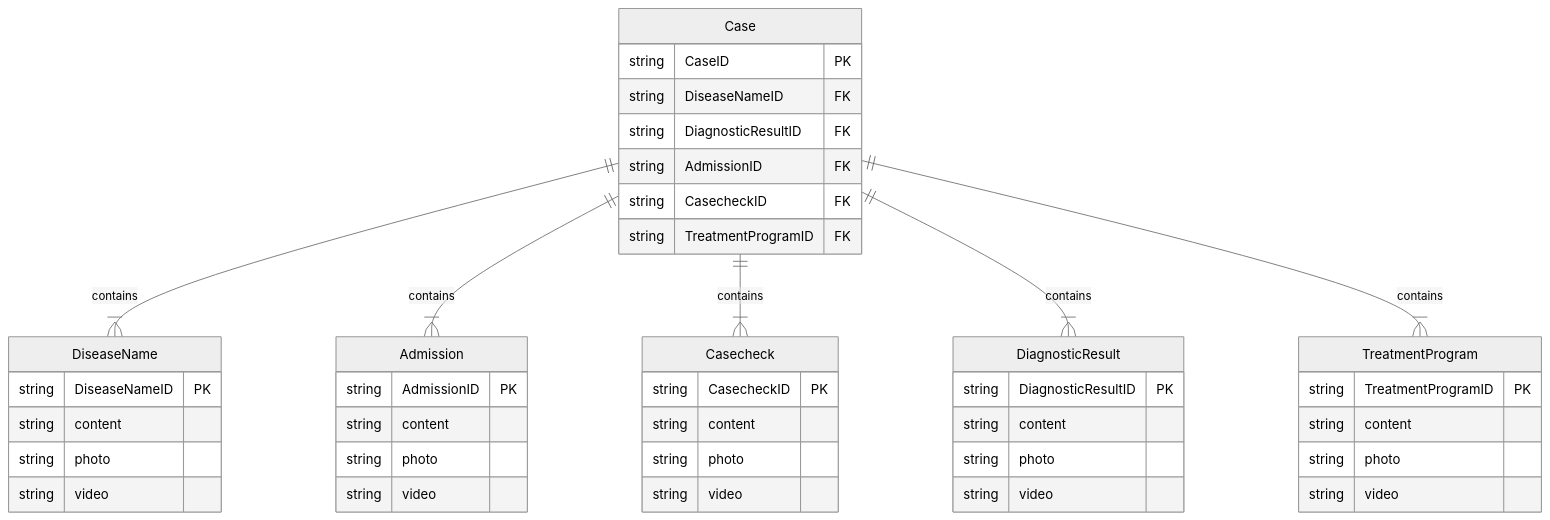
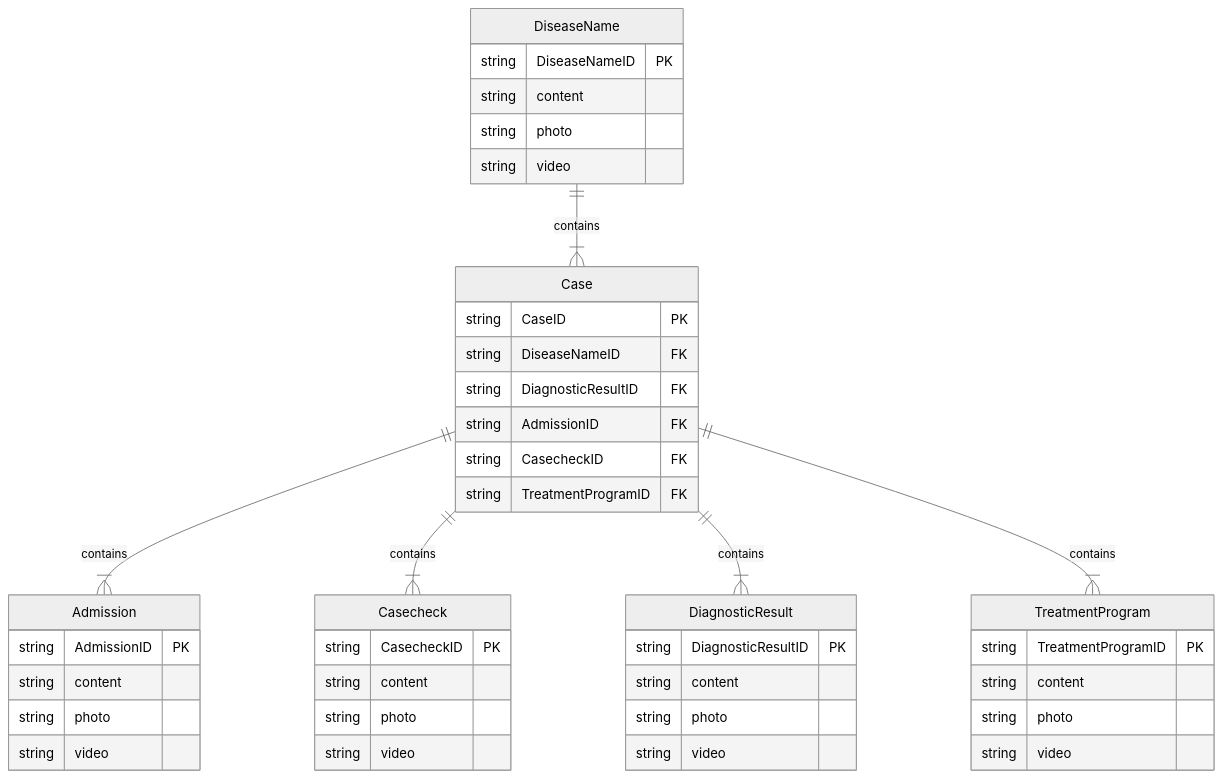
One commit to SoftwareDevelopmentPractice6/virtualPetHospital-backend changed the first of 2 diagrams in medicalRecordManagement/README.md. Above: the diagram before and after it, drawn with Mermaid (neutral theme). The commit also changed 1 other file, not shown here.

````diff
--- a/medicalRecordManagement/README.md
+++ b/medicalRecordManagement/README.md
@@ -22,47 +22,47 @@
 ``` mermaid
 erDiagram
 
 	Case {
 		string CaseID PK
 		string DiseaseNameID FK
 		string DiagnosticResultID FK
 		string AdmissionID FK
 		string CasecheckID FK
 		string TreatmentProgramID FK
 	}
-	Case ||--|{ DiseaseName : contains
+	DiseaseName ||--|{ Case : contains
 	Case ||--|{ Admission : contains
 	Case ||--|{ Casecheck : contains
 	Case ||--|{ DiagnosticResult : contains
 	Case ||--|{ TreatmentProgram : contains
 	DiseaseName {
 		string DiseaseNameID PK
 		string content
 		string photo
 		string video
 	}
 	DiagnosticResult {
 		string DiagnosticResultID PK
 		string content
 		string photo
 		string video
 	}
 	Admission {
 		string AdmissionID PK
 		string content
 		string photo
 		string video
 	}
 	Casecheck {
 		string CasecheckID PK
 		string content
 		string photo
 		string video
 	}
 	TreatmentProgram {
 		string TreatmentProgramID PK
 		string content
 		string photo
 		string video
 	}
 ```
````
